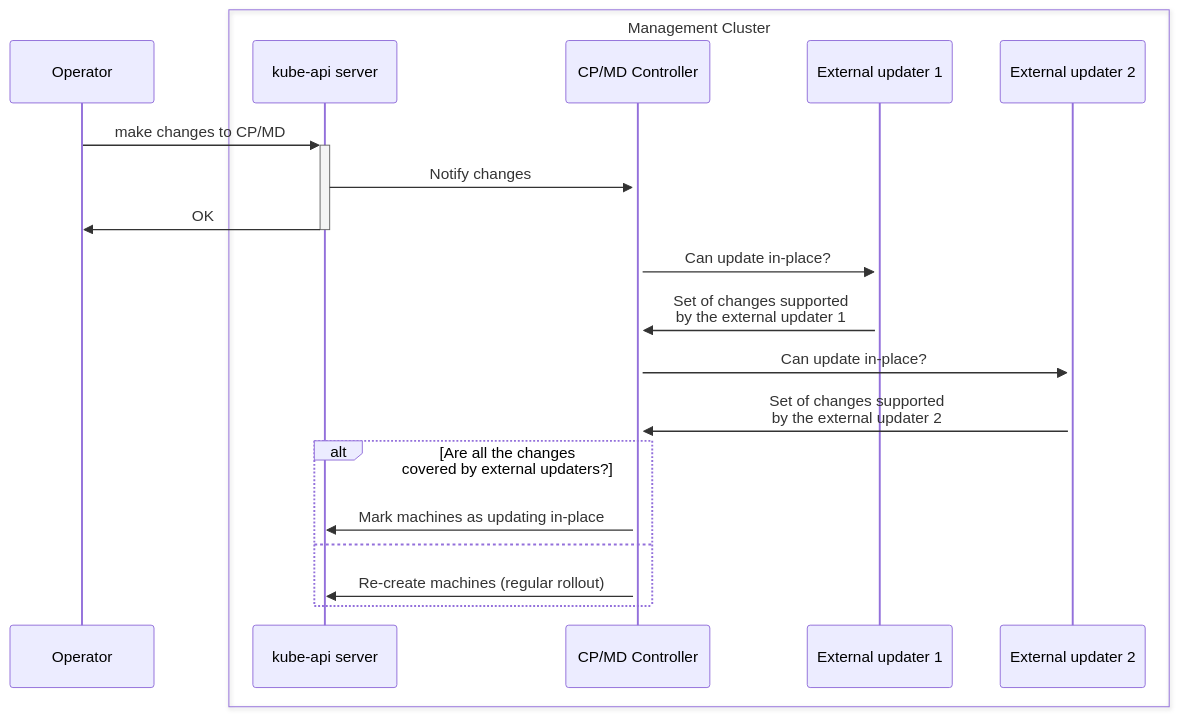
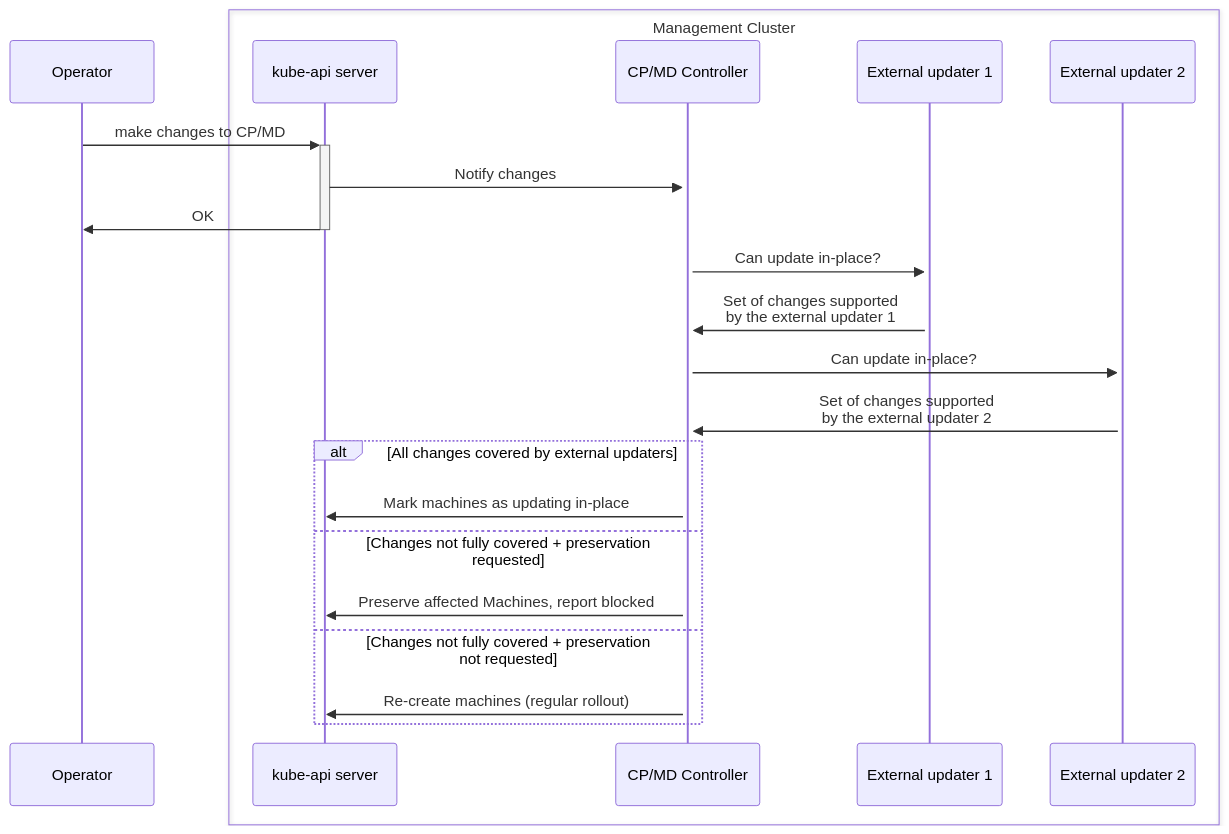
The second of 5 diagrams in docs/proposals/20240807-in-place-updates.md (kubernetes-sigs/cluster-api), drawn with Mermaid before and after one commit. The commit also changed other lines of this file and 1 other file, not shown here.

Commit message:
docs(in-place-updates): add preserveOnInsufficientCoverage opt-in

````diff
--- a/docs/proposals/20240807-in-place-updates.md
+++ b/docs/proposals/20240807-in-place-updates.md
@@ -242,24 +247,26 @@
 ```mermaid
 sequenceDiagram
     participant Operator
 
     box Management Cluster
         participant apiserver as kube-api server
         participant capi as CP/MD Controller
         participant hook as External updater 1
         participant hook2 as External updater 2
     end
 
     Operator->>+apiserver: make changes to CP/MD
     apiserver->>+capi: Notify changes
     apiserver->>-Operator: OK
     capi->>+hook: Can update in-place?
     hook->>capi: Set of changes supported<br/>by the external updater 1
     capi->>+hook2: Can update in-place?
     hook2->>capi: Set of changes supported<br/>by the external updater 2
-    alt Are all the changes <br/> covered by external updaters?
+    alt All changes covered by external updaters
         capi->>apiserver: Mark machines as updating in-place
-    else
+    else Changes not fully covered + preservation requested
+        capi->>apiserver: Preserve affected Machines, report blocked
+    else Changes not fully covered + preservation not requested
         capi->>apiserver: Re-create machines (regular rollout)
     end
 ```
````
